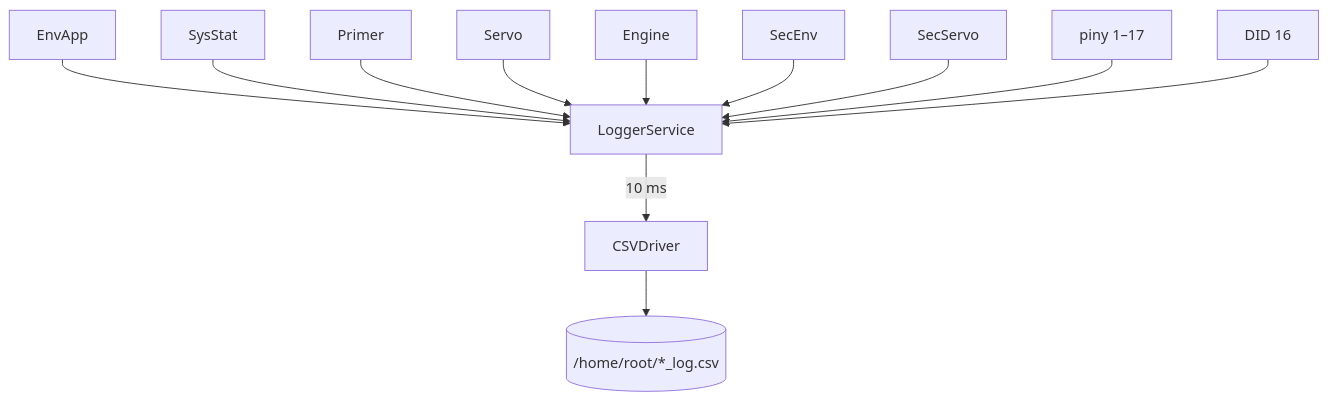
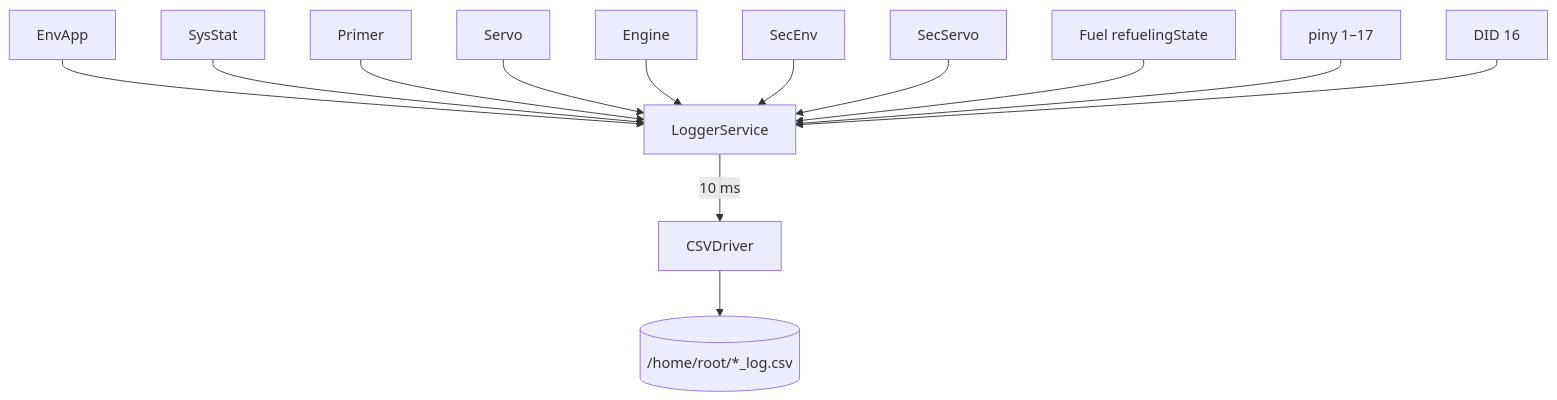
The diagram in apps/ec/logger_service/README.md (Simba-Avionic/srp), drawn with Mermaid before and after one commit. The commit also changed other lines of this file, not shown here.

````diff
--- a/apps/ec/logger_service/README.md
+++ b/apps/ec/logger_service/README.md
@@ -18,14 +19,15 @@
 ```mermaid
 flowchart TB
   Env[EnvApp] --> L[LoggerService]
   Stat[SysStat] --> L
   Primer --> L
   Servo --> L
   Engine --> L
   SecEnv --> L
   SecServo --> L
+  Fuel[Fuel refuelingState] --> L
   GPIO[piny 1–17] --> L
   L -->|10 ms| CSV[CSVDriver]
   CSV --> File[("/home/root/*_log.csv")]
   UDS[DID 16] --> L
 ```
````
